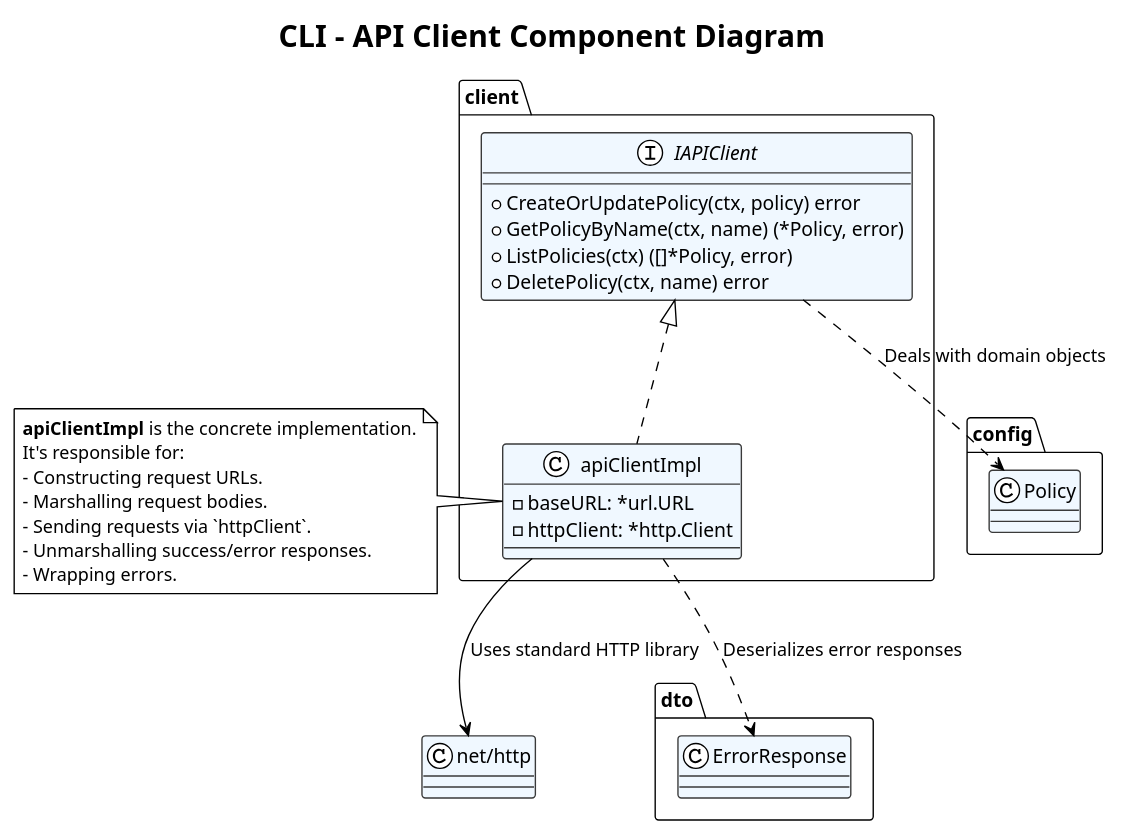
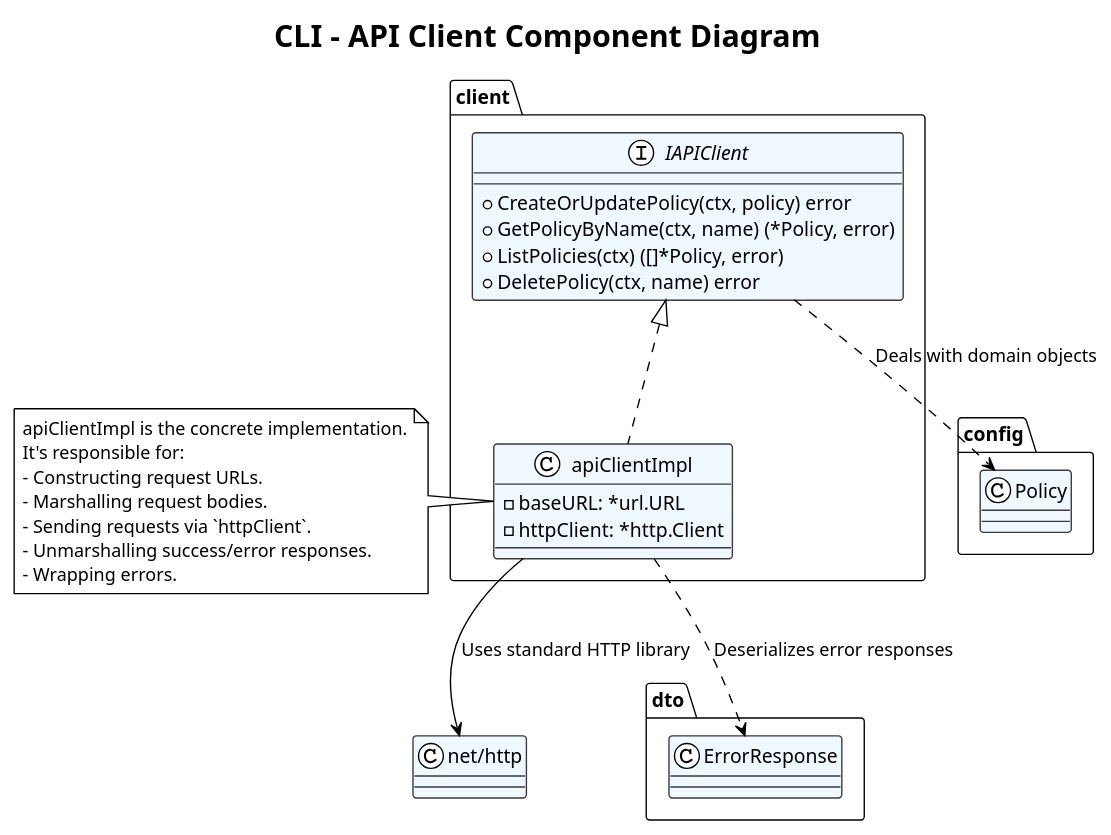
The seventh of 8 diagrams in executor/docs/design_doc/Design_3_CLI.md (kalahetun/Minesweeper), drawn with PlantUML before and after one commit. The commit also changed other lines of this file and 27 other files, not shown here.

````diff
--- a/executor/docs/design_doc/Design_3_CLI.md
+++ b/executor/docs/design_doc/Design_3_CLI.md
@@ -440,53 +440,53 @@
 ```plantuml
 @startuml
 !theme plain
 skinparam class {
     BorderColor #3A3A3A
     BackgroundColor #AliceBlue
 }
 skinparam interface {
     BorderColor #3A3A3A
     BackgroundColor #LightYellow
 }
 
 title CLI - API Client Component Diagram
 
 package "client" {
     interface "IAPIClient" as IClient {
         + CreateOrUpdatePolicy(ctx, policy) error
         + GetPolicyByName(ctx, name) (*Policy, error)
         + ListPolicies(ctx) ([]*Policy, error)
         + DeletePolicy(ctx, name) error
     }
 
     class "apiClientImpl" as ClientImpl {
         - baseURL: *url.URL
         - httpClient: *http.Client
     }
     
     ClientImpl .up.|> IClient
 }
 
 package "config" {
     class "Policy" as DomainPolicy
 }
 
 package "dto" {
     class "ErrorResponse" as DTOError
 }
 
 IClient ..> DomainPolicy: Deals with domain objects
 ClientImpl --> "net/http": Uses standard HTTP library
 ClientImpl ..> DTOError: Deserializes error responses
 
 note left of ClientImpl
-  **apiClientImpl** is the concrete implementation.
+  apiClientImpl is the concrete implementation.
   It's responsible for:
   - Constructing request URLs.
   - Marshalling request bodies.
   - Sending requests via `httpClient`.
   - Unmarshalling success/error responses.
   - Wrapping errors.
 end note
 @enduml
 ```
````
